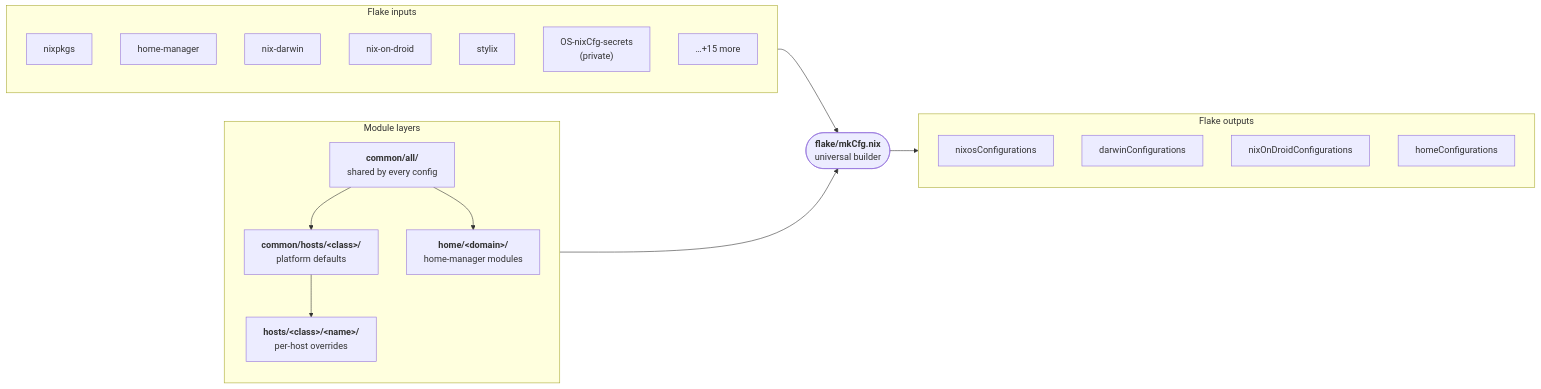
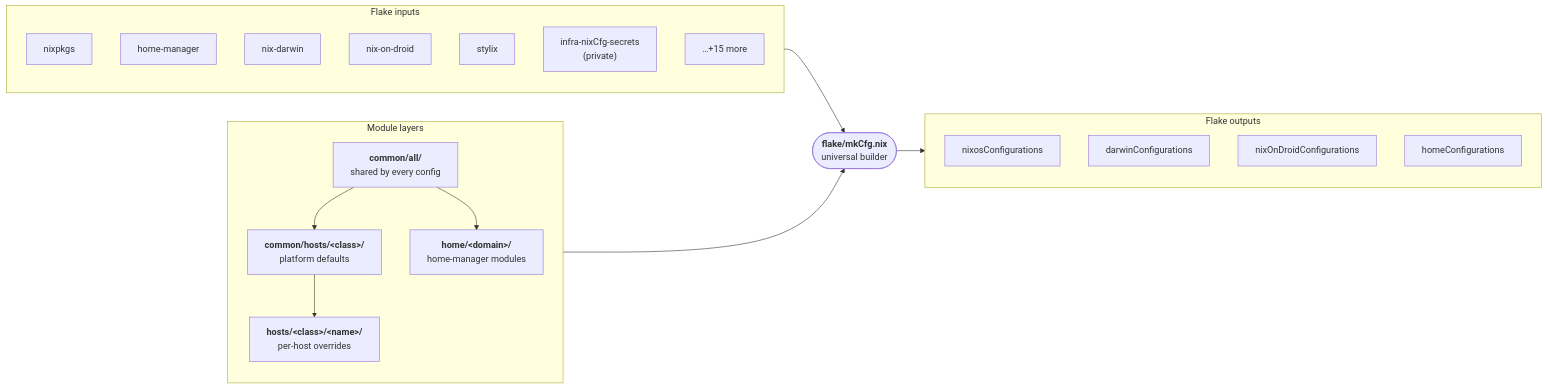
The first of 2 diagrams in README.md (DivitMittal/infra-nixCfg), drawn with Mermaid before and after one commit. The commit also changed other lines of this file and 15 other files, not shown here.

First line of the commit message:
chore(secrets): update input to renamed infra-nixCfg-secrets repo

````diff
--- a/README.md
+++ b/README.md
@@ -89,37 +89,37 @@
 ```mermaid
 flowchart LR
   subgraph inputs["Flake inputs"]
     direction TB
     np[nixpkgs]
     hm[home-manager]
     nd[nix-darwin]
     nod[nix-on-droid]
     sty[stylix]
-    sec["OS-nixCfg-secrets<br/>(private)"]
+    sec["infra-nixCfg-secrets<br/>(private)"]
     more["…+15 more"]
   end
 
   subgraph layers["Module layers"]
     direction TB
     L1["<b>common/all/</b><br/>shared by every config"]
     L2["<b>common/hosts/&lt;class&gt;/</b><br/>platform defaults"]
     L3["<b>hosts/&lt;class&gt;/&lt;name&gt;/</b><br/>per-host overrides"]
     L4["<b>home/&lt;domain&gt;/</b><br/>home-manager modules"]
     L1 --> L2 --> L3
     L1 --> L4
   end
 
   mkCfg(["<b>flake/mkCfg.nix</b><br/>universal builder"])
 
   subgraph outs["Flake outputs"]
     direction TB
     O1[nixosConfigurations]
     O2[darwinConfigurations]
     O3[nixOnDroidConfigurations]
     O4[homeConfigurations]
   end
 
   inputs --> mkCfg
   layers --> mkCfg
   mkCfg --> outs
 ```
````
